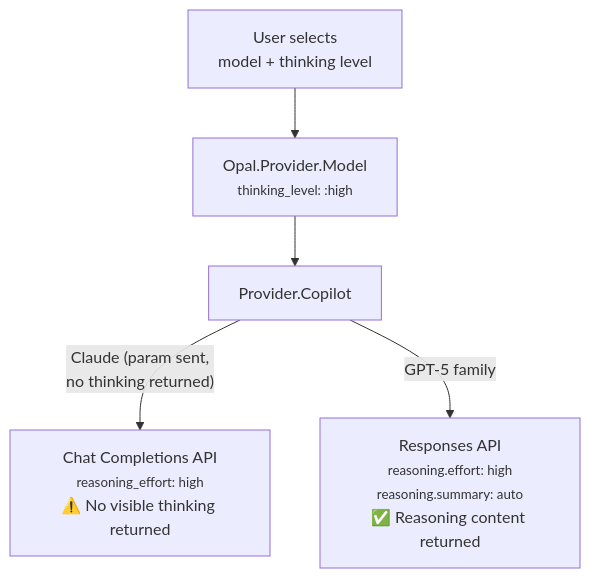
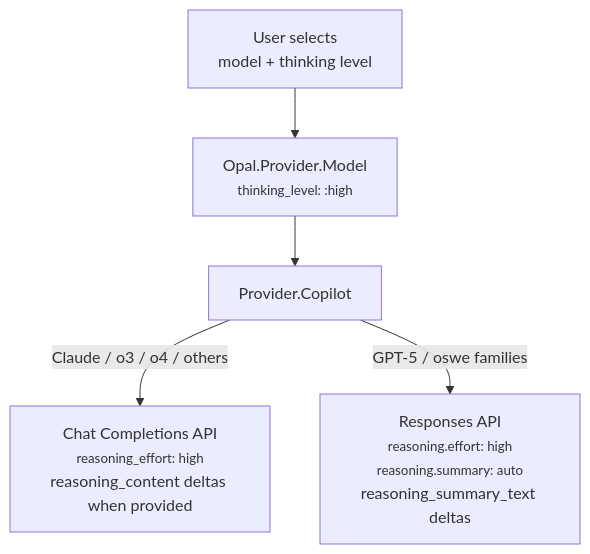
One commit to matteing/opal changed the first of 2 diagrams in docs/reasoning.md. Above: the diagram before and after it, drawn with Mermaid. The commit also changed other lines of this file and 37 other files, not shown here.

````diff
--- a/docs/reasoning.md
+++ b/docs/reasoning.md
@@ -19,13 +19,13 @@
 ```mermaid
 graph TD
     User["User selects<br/>model + thinking level"]
     Model["Opal.Provider.Model<br/><small>thinking_level: :high</small>"]
     Copilot["Provider.Copilot"]
-    ChatAPI["Chat Completions API<br/><small>reasoning_effort: high</small><br/>⚠️ No visible thinking returned"]
-    RespAPI["Responses API<br/><small>reasoning.effort: high<br/>reasoning.summary: auto</small><br/>✅ Reasoning content returned"]
+    ChatAPI["Chat Completions API<br/><small>reasoning_effort: high</small><br/>reasoning_content deltas when provided"]
+    RespAPI["Responses API<br/><small>reasoning.effort: high<br/>reasoning.summary: auto</small><br/>reasoning_summary_text deltas"]
 
     User --> Model
     Model --> Copilot
-    Copilot -->|"Claude (param sent,<br/>no thinking returned)"| ChatAPI
-    Copilot -->|"GPT-5 family"| RespAPI
+    Copilot -->|"Claude / o3 / o4 / others"| ChatAPI
+    Copilot -->|"GPT-5 / oswe families"| RespAPI
 ```
````
